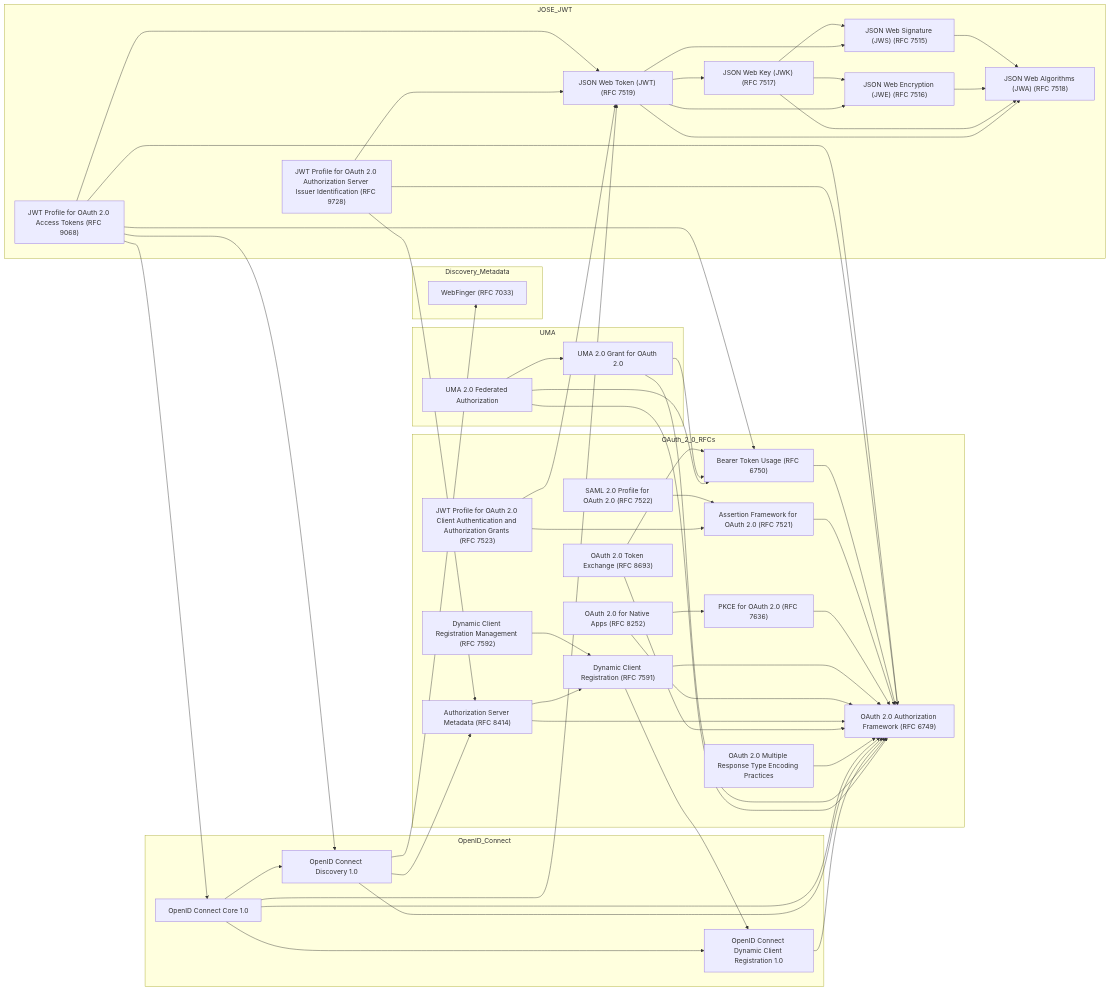
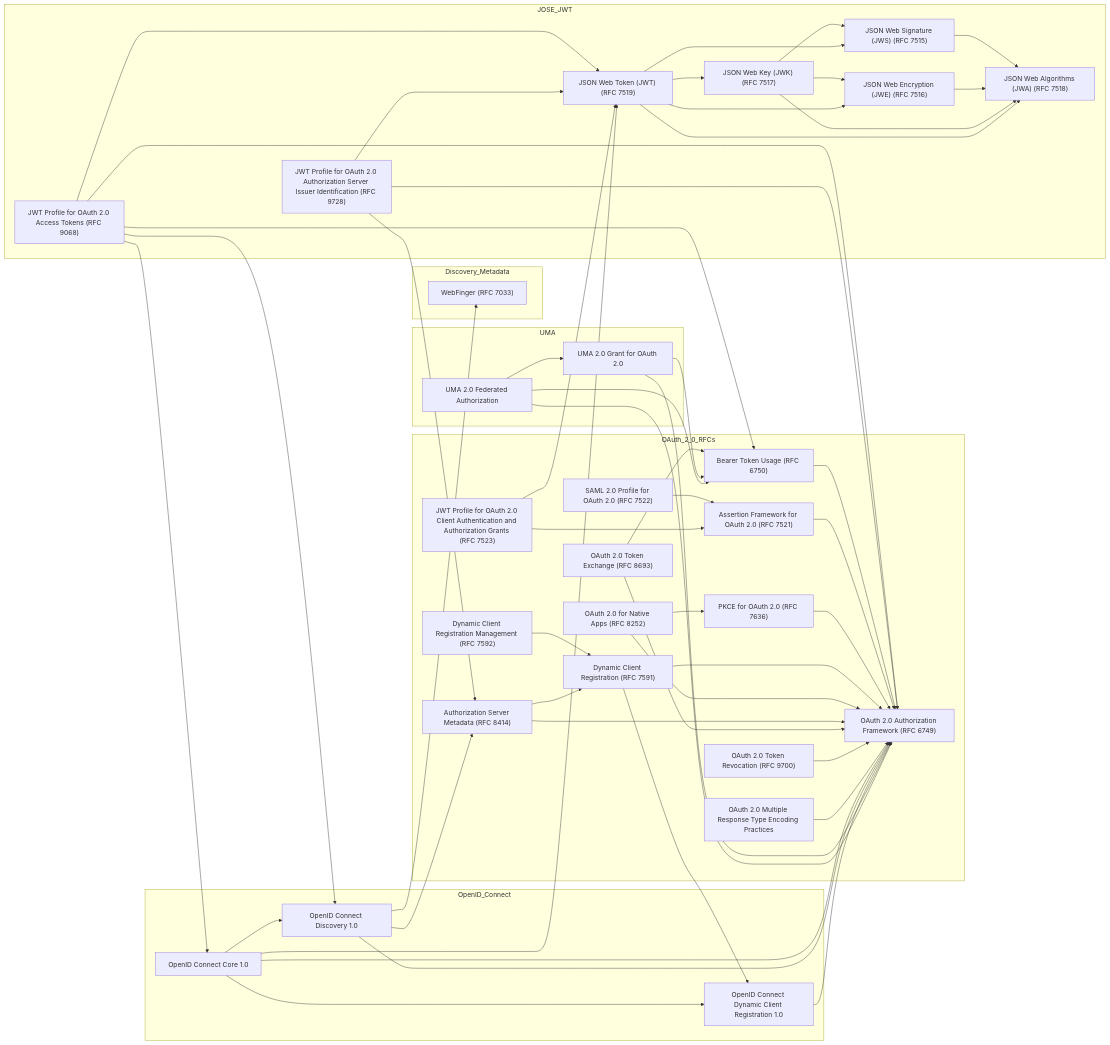
The diagram in graph.md (ryanspletzer/oidc-oauth-spec-graph), drawn with Mermaid before and after one commit. The commit also changed 1 other file, not shown here.

Commit message:
Adds RFC 9700 OAuth 2.0 Token Revocation to specification graph
Includes the OAuth 2.0 Token Revocation RFC in both the documentation and visual graph representation, establishing its dependency relationship with the core OAuth 2.0 specification.

Enhances the completeness of the OAuth 2.0 ecosystem documentation by covering the standardized mechanism for clients to notify authorization servers when tokens are no longer needed.

```diff
--- a/graph.md
+++ b/graph.md
@@ -23,6 +23,7 @@
     RFC8252["OAuth 2.0 for Native Apps (RFC 8252)"]
     RFC8414["Authorization Server Metadata (RFC 8414)"]
     RFC8693["OAuth 2.0 Token Exchange (RFC 8693)"]
+    RFC9700["OAuth 2.0 Token Revocation (RFC 9700)"]
     OAuth2_MultiResp["OAuth 2.0 Multiple Response Type Encoding Practices"]
   end
 
@@ -63,6 +64,7 @@
   RFC8414 --> RFC7591
   RFC8693 --> RFC6749
   RFC8693 --> RFC6750
+  RFC9700 --> RFC6749
   OAuth2_MultiResp --> RFC6749
 
   %% ---- Edges: OIDC depending on OAuth / JWT ----
@@ -126,6 +128,7 @@
   click RFC8252 "https://datatracker.ietf.org/doc/html/rfc8252" "OAuth 2.0 for Native Apps (RFC 8252)"
   click RFC8414 "https://datatracker.ietf.org/doc/html/rfc8414" "Authorization Server Metadata (RFC 8414)"
   click RFC8693 "https://datatracker.ietf.org/doc/html/rfc8693" "OAuth 2.0 Token Exchange (RFC 8693)"
+  click RFC9700 "https://datatracker.ietf.org/doc/html/rfc9700" "OAuth 2.0 Token Revocation (RFC 9700)"
   click OAuth2_MultiResp "https://openid.net/specs/oauth-v2-multiple-response-types-1_0.html" "OAuth 2.0 Multiple Response Type Encoding Practices"
 
   click RFC7515 "https://datatracker.ietf.org/doc/html/rfc7515" "JSON Web Signature (JWS) (RFC 7515)"
```
